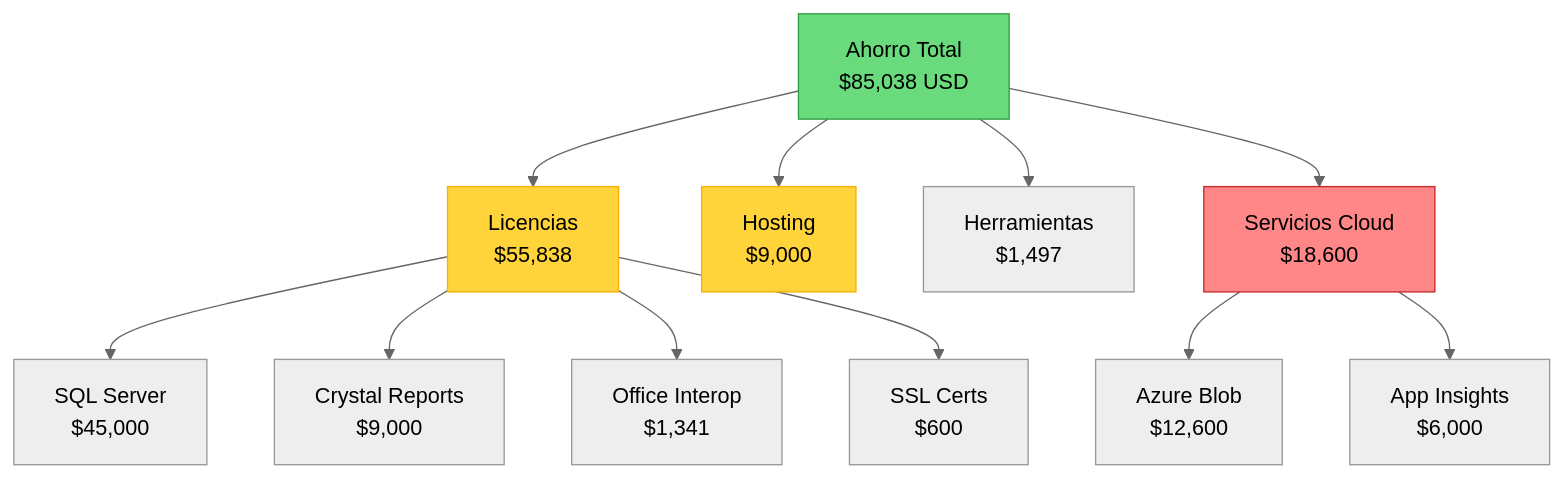
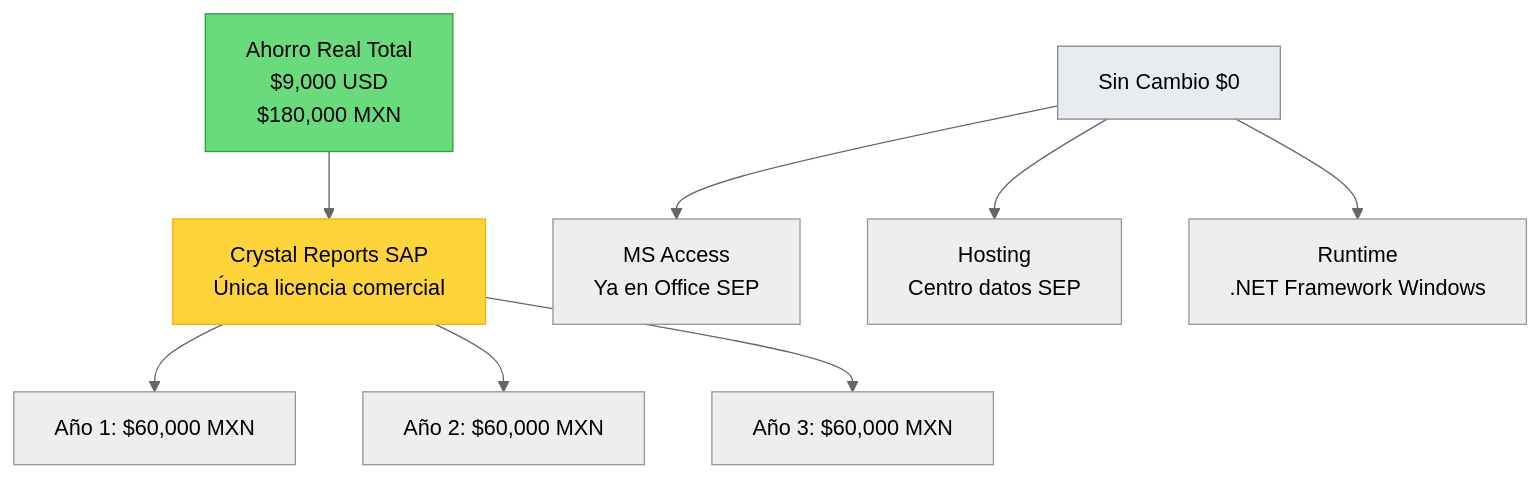
One commit to dleonsystem/sep_evaluacion_diagnostica changed the third of 19 diagrams in DASHBOARD_VISUAL.md. Above: the diagram before and after it, drawn with Mermaid (neutral theme). The commit also changed other lines of this file and 4 other files, not shown here.

````diff
--- a/DASHBOARD_VISUAL.md
+++ b/DASHBOARD_VISUAL.md
@@ -54,20 +56,16 @@
 ```mermaid
 graph TB
-    A[Ahorro Total<br/>$85,038 USD] --> B[Licencias<br/>$55,838]
-    A --> C[Hosting<br/>$9,000]
-    A --> D[Herramientas<br/>$1,497]
-    A --> E[Servicios Cloud<br/>$18,600]
+    A[Ahorro Real Total<br/>$9,000 USD<br/>$180,000 MXN] --> B[Crystal Reports SAP<br/>Única licencia comercial]
     
-    B --> B1[SQL Server<br/>$45,000]
-    B --> B2[Crystal Reports<br/>$9,000]
-    B --> B3[Office Interop<br/>$1,341]
-    B --> B4[SSL Certs<br/>$600]
+    B --> B1[Año 1: $60,000 MXN]
+    B --> B2[Año 2: $60,000 MXN]
+    B --> B3[Año 3: $60,000 MXN]
     
-    E --> E1[Azure Blob<br/>$12,600]
-    E --> E2[App Insights<br/>$6,000]
+    C[Sin Cambio $0] --> C1[MS Access<br/>Ya en Office SEP]
+    C --> C2[Hosting<br/>Centro datos SEP]
+    C --> C3[Runtime<br/>.NET Framework Windows]
     
     style A fill:#69db7c,stroke:#2f9e44,color:#000
     style B fill:#ffd43b,stroke:#fab005
-    style C fill:#ffd43b,stroke:#fab005
-    style E fill:#ff8787,stroke:#c92a2a
+    style C fill:#e9ecef,stroke:#868e96
 ```
````
